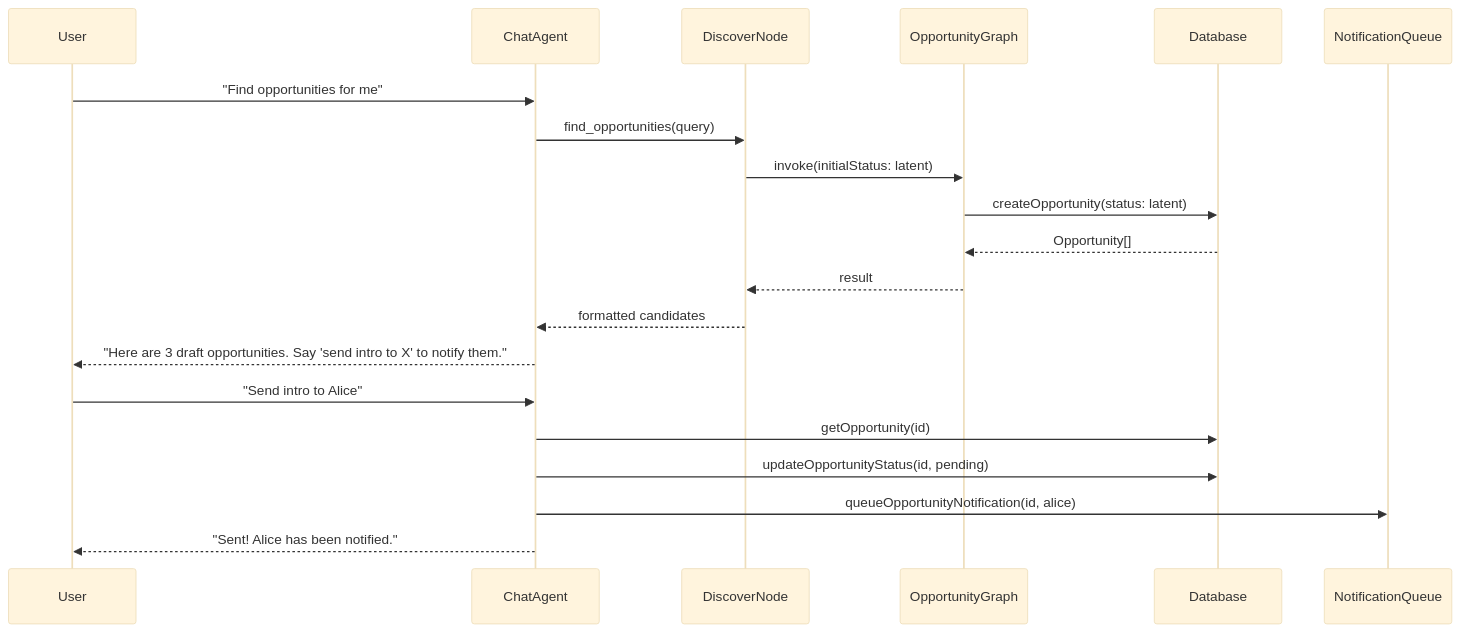
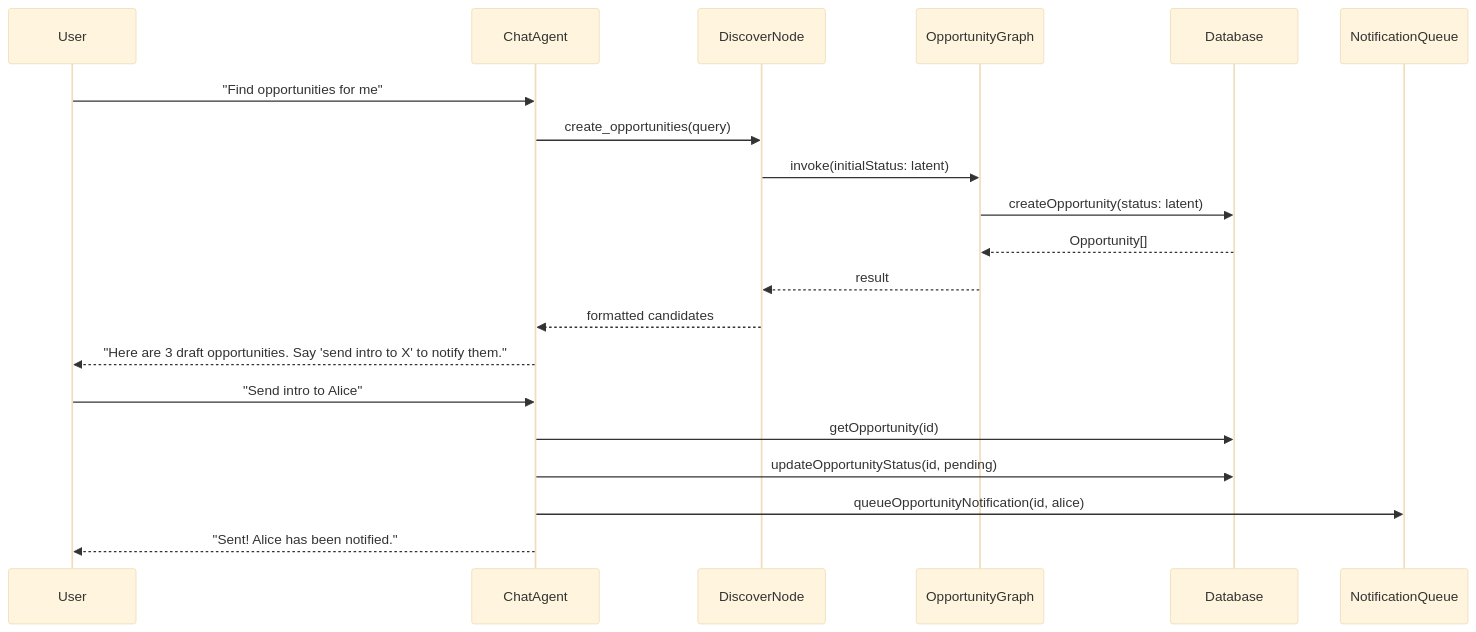
The second of 3 diagrams in protocol/src/lib/protocol/docs/Latent Opportunity Lifecycle.md (indexnetwork/claude-plugin), drawn with Mermaid (base theme) before and after one commit. The commit also changed other lines of this file and 4 other files, not shown here.

First line of the commit message:
docs: update plans and docs for create_opportunities and latent lifecycle

````diff
--- a/protocol/src/lib/protocol/docs/Latent Opportunity Lifecycle.md
+++ b/protocol/src/lib/protocol/docs/Latent Opportunity Lifecycle.md
@@ -64,24 +64,24 @@
 ```mermaid
 sequenceDiagram
     participant U as User
     participant C as ChatAgent
     participant D as DiscoverNode
     participant OG as OpportunityGraph
     participant DB as Database
     participant N as NotificationQueue
 
     U->>C: "Find opportunities for me"
-    C->>D: find_opportunities(query)
+    C->>D: create_opportunities(query)
     D->>OG: invoke(initialStatus: latent)
     OG->>DB: createOpportunity(status: latent)
     DB-->>OG: Opportunity[]
     OG-->>D: result
     D-->>C: formatted candidates
     C-->>U: "Here are 3 draft opportunities. Say 'send intro to X' to notify them."
 
     U->>C: "Send intro to Alice"
     C->>DB: getOpportunity(id)
     C->>DB: updateOpportunityStatus(id, pending)
     C->>N: queueOpportunityNotification(id, alice)
     C-->>U: "Sent! Alice has been notified."
 ```
````
